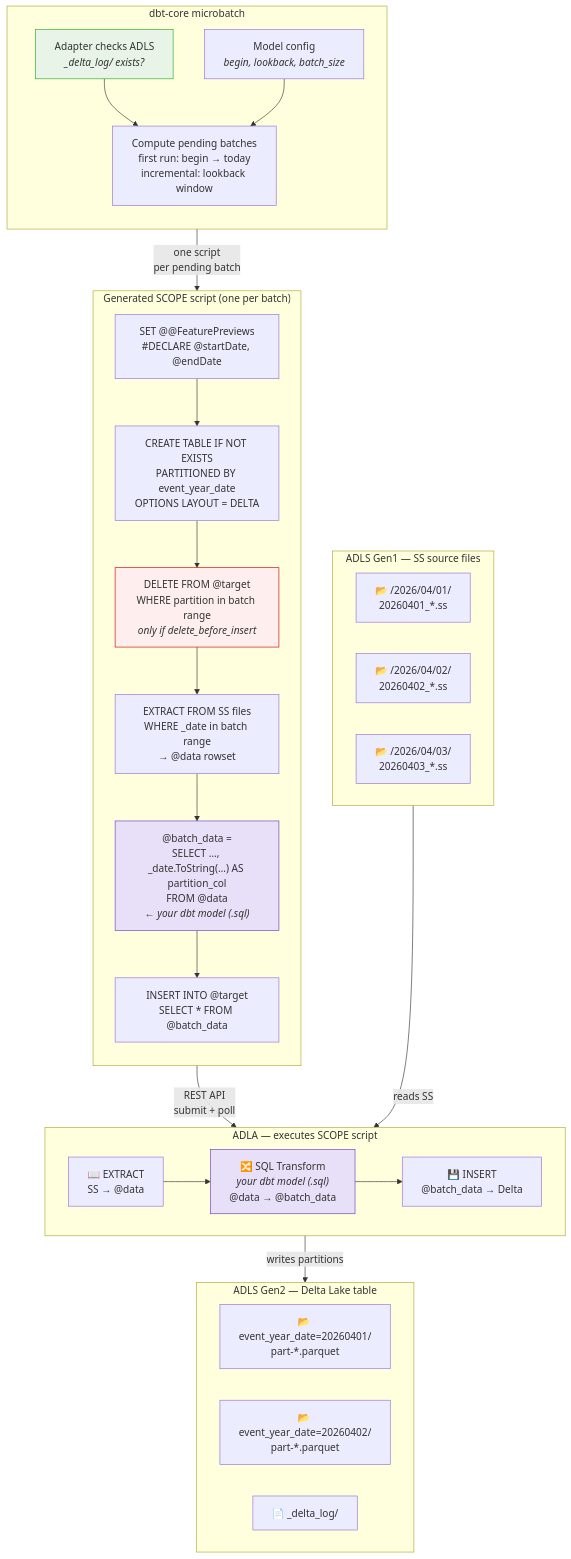
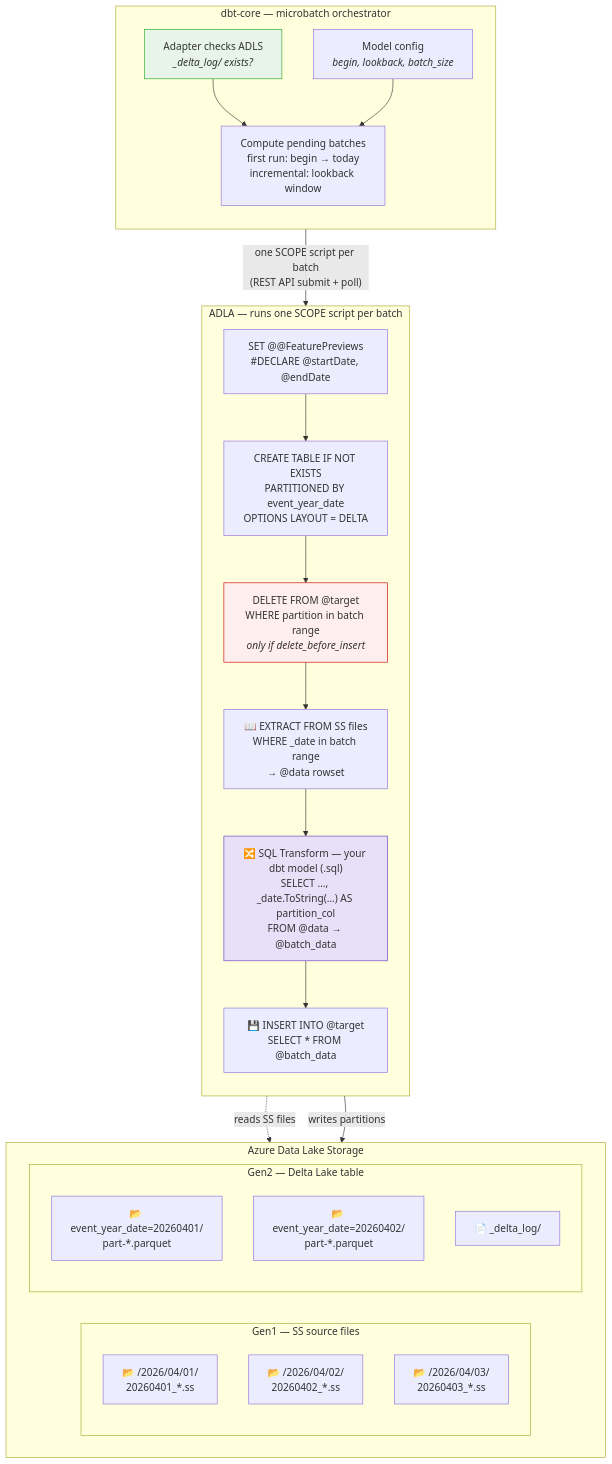
One commit to microsoft/dbt-scope changed the diagram in README.md. Above: the diagram before and after it, drawn with Mermaid.

Commit message:
More mermaid

````diff
--- a/README.md
+++ b/README.md
@@ -58,54 +58,46 @@
 ```mermaid
 flowchart TB
-    subgraph Sources["ADLS Gen1 — SS source files"]
-        direction LR
-        SS1["📂 /2026/04/01/<br/>20260401_*.ss"]
-        SS2["📂 /2026/04/02/<br/>20260402_*.ss"]
-        SS3["📂 /2026/04/03/<br/>20260403_*.ss"]
-    end
-
-    subgraph dbt["dbt-core microbatch"]
+    subgraph dbt["dbt-core — microbatch orchestrator"]
         direction TB
         Detect["Adapter checks ADLS<br/><i>_delta_log/ exists?</i>"]
         Config["Model config<br/><i>begin, lookback, batch_size</i>"]
         BatchCalc["Compute pending batches<br/>first run: begin → today<br/>incremental: lookback window"]
         Detect --> BatchCalc
         Config --> BatchCalc
     end
 
-    subgraph Batch["Generated SCOPE script (one per batch)"]
+    subgraph ADLA["ADLA — runs one SCOPE script per batch"]
         direction TB
         S1["SET @@FeaturePreviews<br/>#DECLARE @startDate, @endDate"]
         DDL["CREATE TABLE IF NOT EXISTS<br/>PARTITIONED BY event_year_date<br/>OPTIONS LAYOUT = DELTA"]
         DEL["DELETE FROM @target<br/>WHERE partition in batch range<br/><i>only if delete_before_insert</i>"]
-        EXT["EXTRACT FROM SS files<br/>WHERE _date in batch range<br/>→ @data rowset"]
-        TX["@batch_data =<br/>SELECT …, _date.ToString(…) AS partition_col<br/>FROM @data<br/><i>← your dbt model (.sql)</i>"]
-        INS["INSERT INTO @target<br/>SELECT * FROM @batch_data"]
+        EXT["📖 EXTRACT FROM SS files<br/>WHERE _date in batch range<br/>→ @data rowset"]
+        TX["🔀 SQL Transform — your dbt model (.sql)<br/>SELECT …, _date.ToString(…) AS partition_col<br/>FROM @data → @batch_data"]
+        INS["💾 INSERT INTO @target<br/>SELECT * FROM @batch_data"]
         S1 --> DDL --> DEL --> EXT --> TX --> INS
     end
 
-    subgraph ADLA["ADLA — executes SCOPE script"]
+    subgraph Storage["Azure Data Lake Storage"]
         direction LR
-        Read["📖 EXTRACT<br/>SS → @data"]
-        SqlTx["🔀 SQL Transform<br/><i>your dbt model (.sql)</i><br/>@data → @batch_data"]
-        Write["💾 INSERT<br/>@batch_data → Delta"]
-        Read --> SqlTx --> Write
+        subgraph Sources["Gen1 — SS source files"]
+            direction TB
+            SS1["📂 /2026/04/01/<br/>20260401_*.ss"]
+            SS2["📂 /2026/04/02/<br/>20260402_*.ss"]
+            SS3["📂 /2026/04/03/<br/>20260403_*.ss"]
+        end
+        subgraph Target["Gen2 — Delta Lake table"]
+            direction TB
+            P1["📂 event_year_date=20260401/<br/>part-*.parquet"]
+            P2["📂 event_year_date=20260402/<br/>part-*.parquet"]
+            DL["📄 _delta_log/"]
+        end
     end
 
-    subgraph Target["ADLS Gen2 — Delta Lake table"]
-        direction LR
-        P1["📂 event_year_date=20260401/<br/>part-*.parquet"]
-        P2["📂 event_year_date=20260402/<br/>part-*.parquet"]
-        DL["📄 _delta_log/"]
-    end
-
-    BatchCalc -- "one script<br/>per pending batch" --> Batch
-    Batch -- "REST API<br/>submit + poll" --> ADLA
-    SS1 -- "reads SS" --> Read
-    Write -- "writes partitions" --> P1
+    BatchCalc -- "one SCOPE script per batch<br/>(REST API submit + poll)" --> ADLA
+    EXT -. "reads SS files" .-> Sources
+    INS -- "writes partitions" --> Target
 
     style DEL fill:#fee,stroke:#c00
+    style TX fill:#e8e0f8,stroke:#6a3cbc
     style Detect fill:#e8f4e8,stroke:#2a2
-    style SqlTx fill:#e8e0f8,stroke:#6a3cbc
-    style TX fill:#e8e0f8,stroke:#6a3cbc
 ```
````
